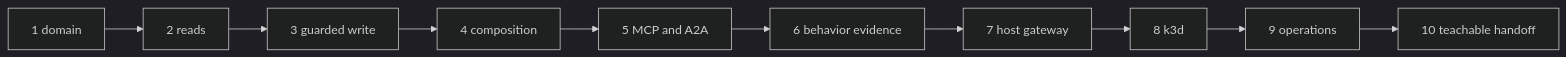
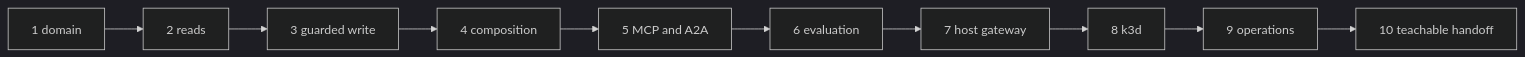
Before and after one commit to LuiGGi629/agentops-open-course: the diagram in content/8. Community/8.7. Capstone.md, drawn with Mermaid (dark theme). The commit also changed other lines of this file and 58 other files, not shown here.

````diff
--- a/content/8. Community/8.7. Capstone.md
+++ b/content/8. Community/8.7. Capstone.md
@@ -160,6 +179,6 @@
 ```mermaid
 flowchart LR
     Domain["1 domain"] --> Reads["2 reads"] --> Write["3 guarded write"] --> Compose["4 composition"]
-    Compose --> Protocols["5 MCP and A2A"] --> Eval["6 behavior evidence"] --> Gateway["7 host gateway"]
+    Compose --> Protocols["5 MCP and A2A"] --> Eval["6 evaluation"] --> Gateway["7 host gateway"]
     Gateway --> K8s["8 k3d"] --> Ops["9 operations"] --> Docs["10 teachable handoff"]
 ```
````
